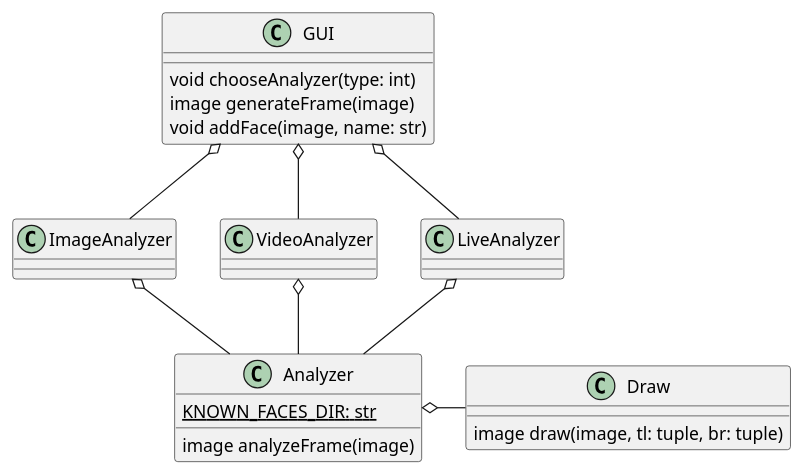
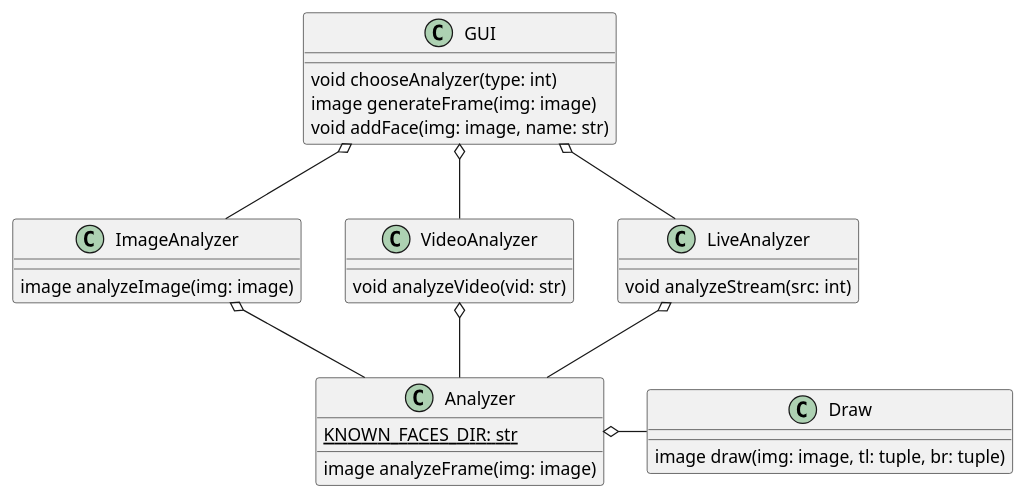
Before and after one commit to mhuybregts/vision-id: the diagram in docs/diagrams/src/class-diagram.plantuml, drawn with PlantUML. The commit also changed 3 other files, not shown here.

```diff
--- a/docs/diagrams/src/class-diagram.plantuml
+++ b/docs/diagrams/src/class-diagram.plantuml
@@ -1,31 +1,37 @@
 @startuml vision-id-class
 class GUI {
     void chooseAnalyzer(type: int)
-    image generateFrame(image)
-    void addFace(image, name: str)
+    image generateFrame(img: image)
+    void addFace(img: image, name: str)
 }
 
 class Analyzer {
     {static} KNOWN_FACES_DIR: str
-    image analyzeFrame(image)
+    image analyzeFrame(img: image)
 }
 
 class Draw {
-    image draw(image, tl: tuple, br: tuple)
+    image draw(img: image, tl: tuple, br: tuple)
 }
 
-class ImageAnalyzer
-class VideoAnalyzer
-class LiveAnalyzer
+class ImageAnalyzer {
+    image analyzeImage(img: image)
+}
+class VideoAnalyzer {
+    void analyzeVideo(vid: str)
+}
+class LiveAnalyzer {
+    void analyzeStream(src: int)
+}
 
 GUI o-- ImageAnalyzer
 GUI o-- VideoAnalyzer
 GUI o-- LiveAnalyzer
 
 Analyzer o- Draw
 
 ImageAnalyzer o-- Analyzer
 VideoAnalyzer o-- Analyzer
 LiveAnalyzer o-- Analyzer
 
 @enduml
```
